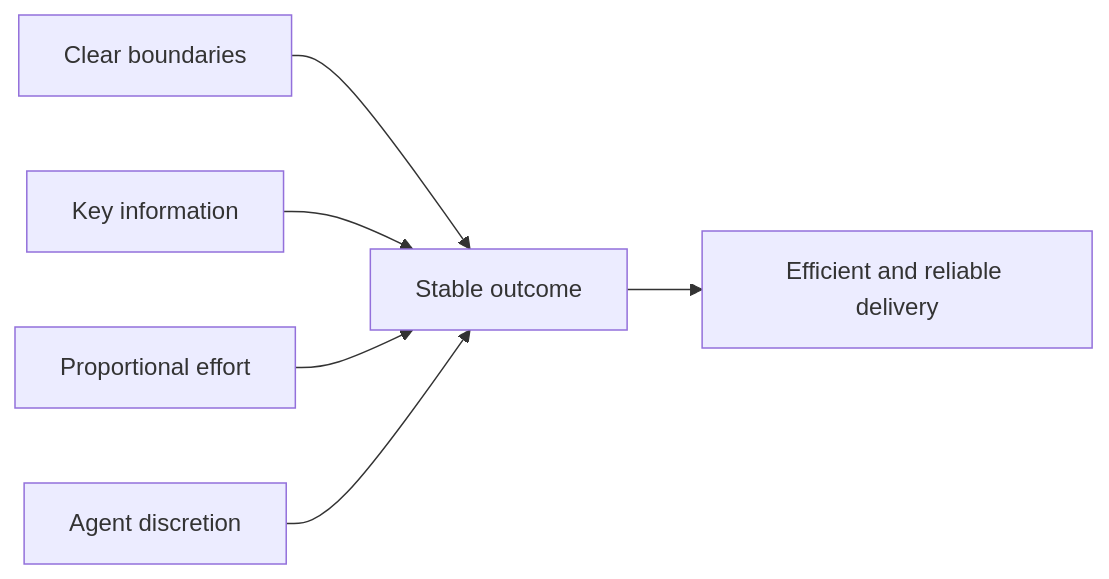
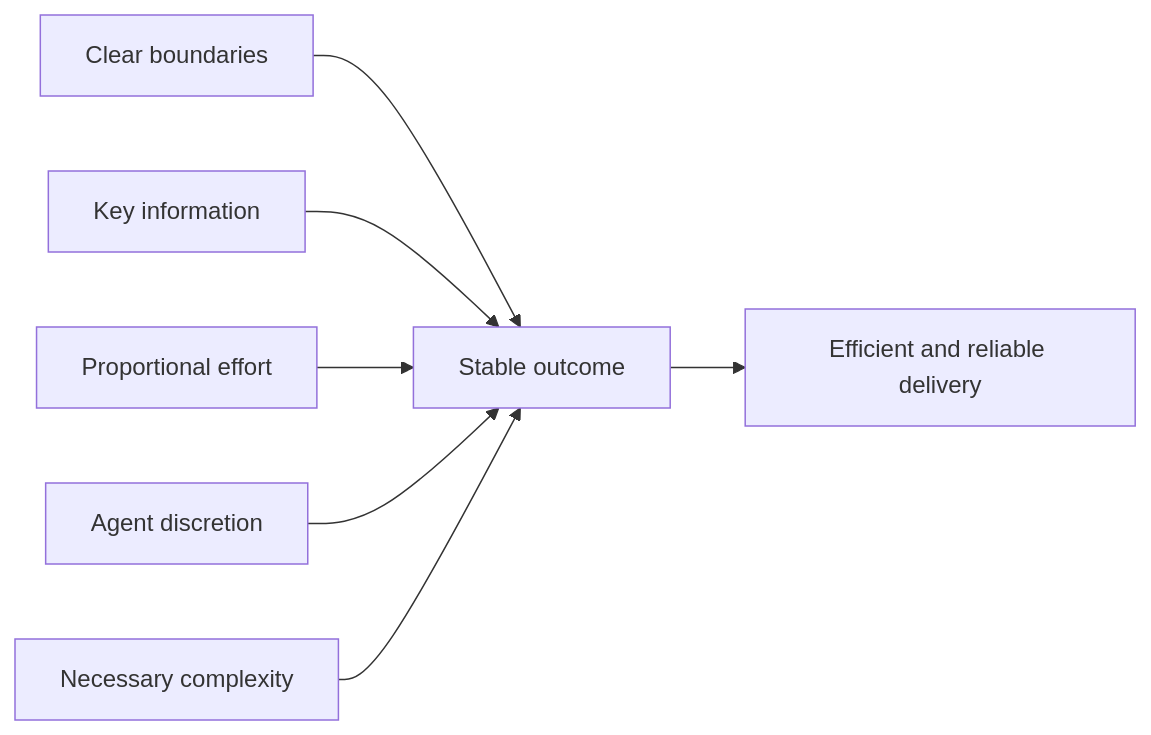
Before and after one commit to hhhhhusky777/spec-driven-delivery-playbook: the first of 10 diagrams in README.md, drawn with Mermaid. The commit also changed other lines of this file and 10 other files, not shown here.

````diff
--- a/README.md
+++ b/README.md
@@ -97,8 +98,9 @@
 ```mermaid
 flowchart LR
     B["Clear boundaries"] --> O["Stable outcome"]
     K["Key information"] --> O
     P["Proportional effort"] --> O
     A["Agent discretion"] --> O
+    N["Necessary complexity"] --> O
     O --> D["Efficient and reliable delivery"]
 ```
````
